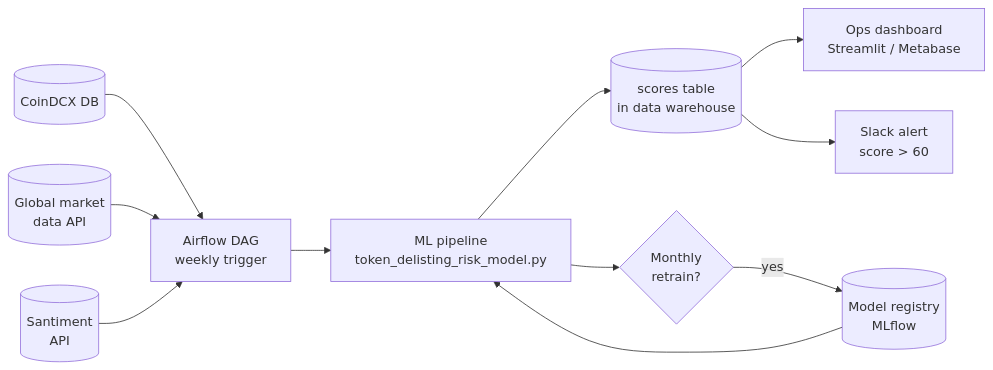
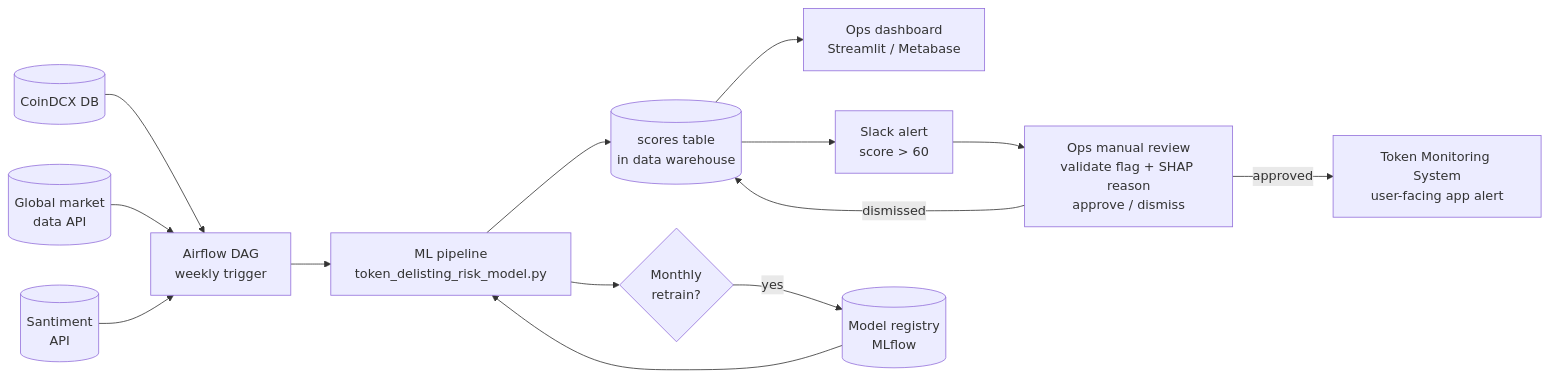
The fourth of 4 diagrams in architecture.md (Kyutanishq/team_16-efficiency-alien_force), drawn with Mermaid before and after one commit. The commit also changed other lines of this file, not shown here.

````diff
--- a/architecture.md
+++ b/architecture.md
@@ -211,13 +211,16 @@
 ```mermaid
 flowchart LR
     DB[(CoinDCX DB)] --> AF[Airflow DAG\nweekly trigger]
     GM[(Global market\ndata API)] --> AF
     SA[(Santiment\nAPI)] --> AF
     AF --> PIPE[ML pipeline\ntoken_delisting_risk_model.py]
     PIPE --> SCORES[(scores table\nin data warehouse)]
     SCORES --> DASH[Ops dashboard\nStreamlit / Metabase]
     SCORES --> ALERT[Slack alert\nscore > 60]
+    ALERT --> REVIEW[Ops manual review\nvalidate flag + SHAP reason\napprove / dismiss]
+    REVIEW -->|approved| TMS[Token Monitoring System\nuser-facing app alert]
+    REVIEW -->|dismissed| SCORES
     PIPE --> RETRAIN{Monthly\nretrain?}
     RETRAIN -->|yes| MODEL[(Model registry\nMLflow)]
     MODEL --> PIPE
 ```
````
